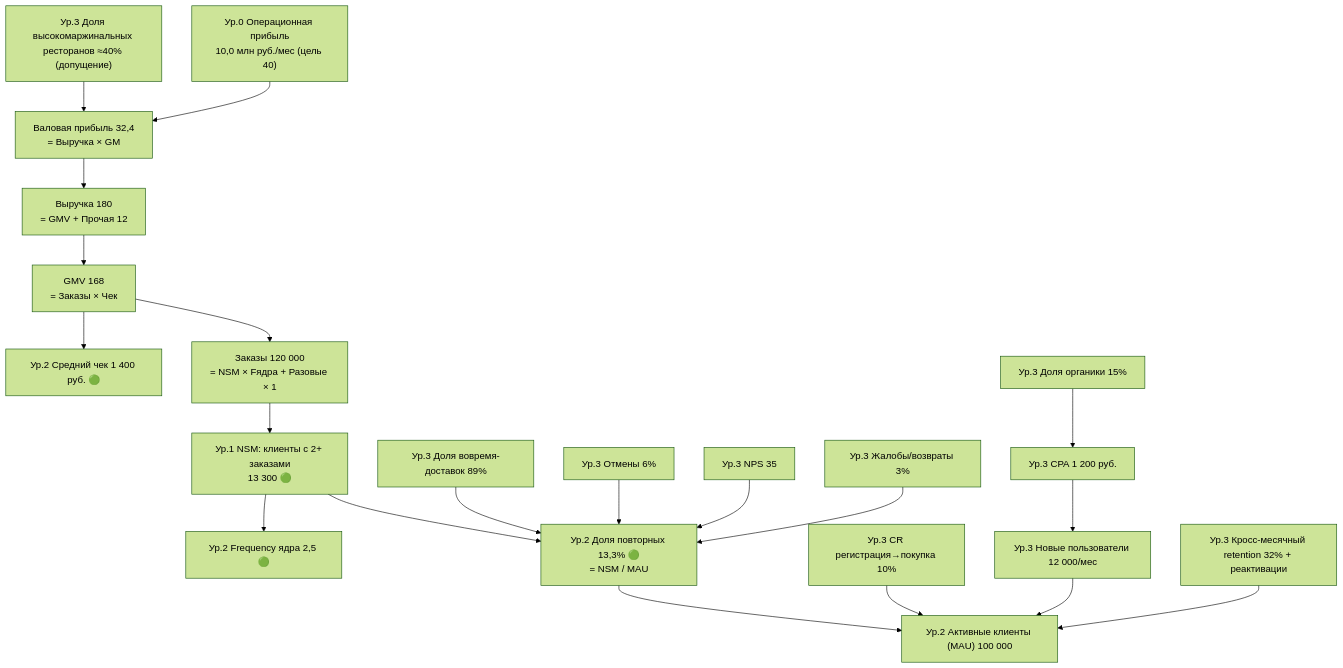
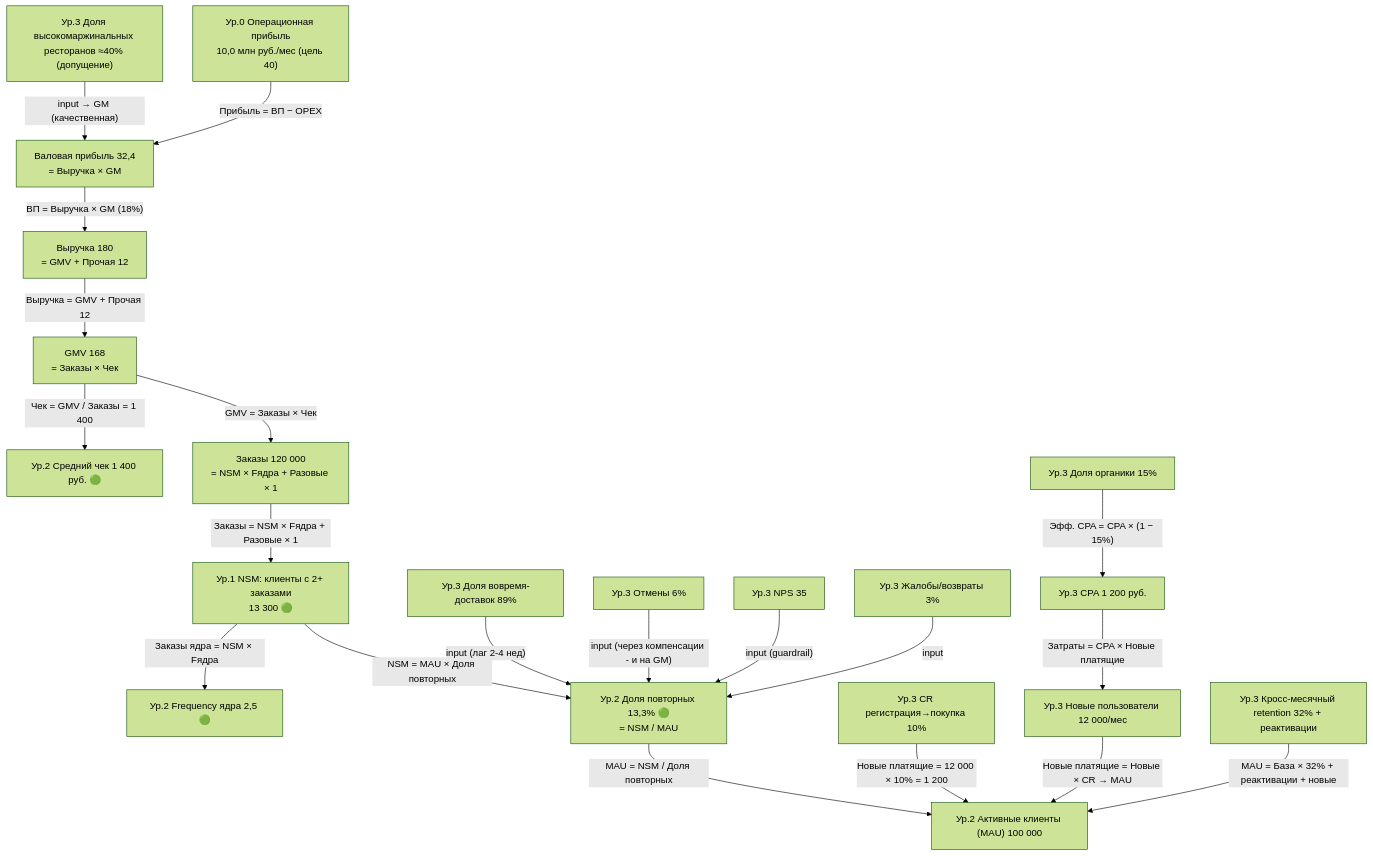
Before and after one commit to ipaingo/study: the diagram in стратегия продукта/дз 2/03_Дерево_метрик.md, drawn with Mermaid (forest theme). The commit also changed 65 other files, not shown here.

````diff
--- a/стратегия продукта/дз 2/03_Дерево_метрик.md
+++ b/стратегия продукта/дз 2/03_Дерево_метрик.md
@@ -7,36 +7,41 @@
 ```mermaid
 graph TD
     P["Ур.0 Операционная прибыль<br>10,0 млн руб./мес (цель 40)"]
     VP["Валовая прибыль 32,4<br>= Выручка × GM"]
     REV["Выручка 180<br>= GMV + Прочая 12"]
     GMV["GMV 168<br>= Заказы × Чек"]
     ORD["Заказы 120 000<br>= NSM × Fядра + Разовые × 1"]
     NSM["Ур.1 NSM: клиенты с 2+ заказами<br>13 300 🟢"]
     DP["Ур.2 Доля повторных 13,3% 🟢<br>= NSM / MAU"]
     FJ["Ур.2 Frequency ядра 2,5 🟢"]
     MAU["Ур.2 Активные клиенты (MAU) 100 000"]
     CHECK["Ур.2 Средний чек 1 400 руб. 🟢"]
     ONTIME["Ур.3 Доля вовремя-доставок 89%"]
     CANCEL["Ур.3 Отмены 6%"]
     NPS["Ур.3 NPS 35"]
     COMP["Ур.3 Жалобы/возвраты 3%"]
     CR["Ур.3 CR регистрация→покупка 10%"]
     NEW["Ур.3 Новые пользователи 12 000/мес"]
     CPA["Ур.3 CPA 1 200 руб."]
     ORG["Ур.3 Доля органики 15%"]
 
-    P --> VP --> REV --> GMV --> ORD --> NSM
-    NSM --> DP --> MAU
-    NSM --> FJ
-    GMV --> CHECK
-    ONTIME --> DP
-    CANCEL --> DP
-    COMP --> DP
-    NPS --> DP
-    NEW --> MAU
-    CR --> MAU
-    CPA --> NEW
-    ORG --> CPA
-    RET["Ур.3 Кросс-месячный retention 32% + реактивации"] --> MAU
-    MIX["Ур.3 Доля высокомаржинальных ресторанов ≈40% (допущение)"] --> VP
+    P -->|"Прибыль = ВП − OPEX"| VP
+    VP -->|"ВП = Выручка × GM (18%)"| REV
+    REV -->|"Выручка = GMV + Прочая 12"| GMV
+    GMV -->|"GMV = Заказы × Чек"| ORD
+    ORD -->|"Заказы = NSM × Fядра + Разовые × 1"| NSM
+    NSM -->|"NSM = MAU × Доля повторных"| DP
+    DP -->|"MAU = NSM / Доля повторных"| MAU
+    NSM -->|"Заказы ядра = NSM × Fядра"| FJ
+    GMV -->|"Чек = GMV / Заказы = 1 400"| CHECK
+    ONTIME -->|"input (лаг 2-4 нед)"| DP
+    CANCEL -->|"input (через компенсации - и на GM)"| DP
+    COMP -->|"input"| DP
+    NPS -->|"input (guardrail)"| DP
+    NEW -->|"Новые платящие = Новые × CR → MAU"| MAU
+    CR -->|"Новые платящие = 12 000 × 10% = 1 200"| MAU
+    CPA -->|"Затраты = CPA × Новые платящие"| NEW
+    ORG -->|"Эфф. CPA = CPA × (1 − 15%)"| CPA
+    RET["Ур.3 Кросс-месячный retention 32% + реактивации"] -->|"MAU = База × 32% + реактивации + новые"| MAU
+    MIX["Ур.3 Доля высокомаржинальных ресторанов ≈40% (допущение)"] -->|"input → GM (качественная)"| VP
 ```
````
